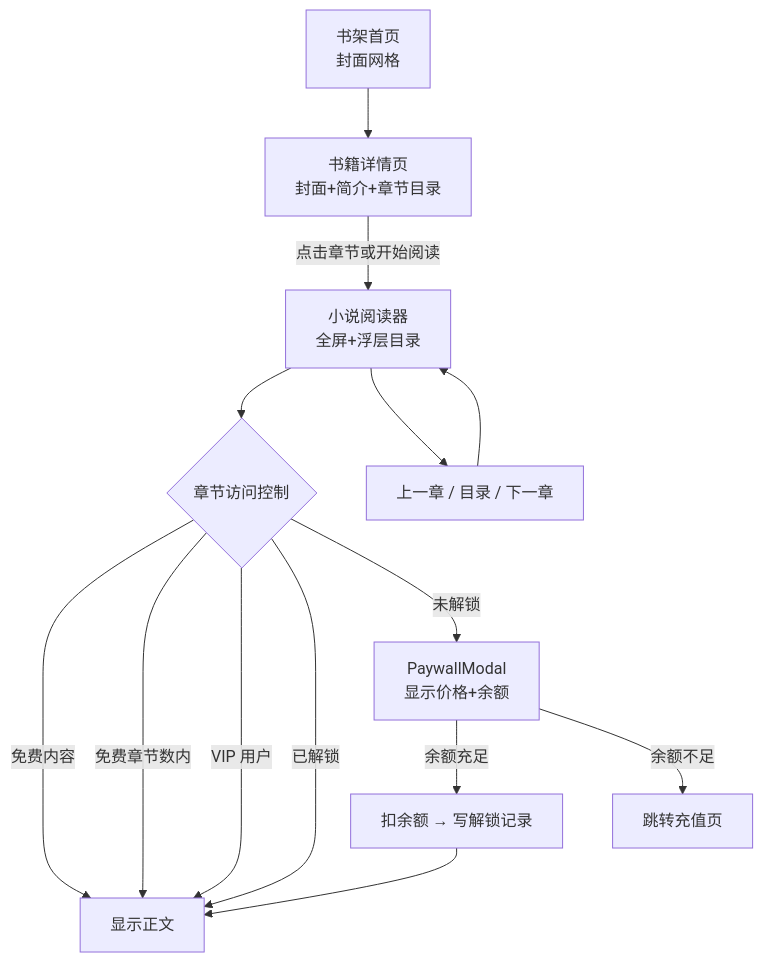
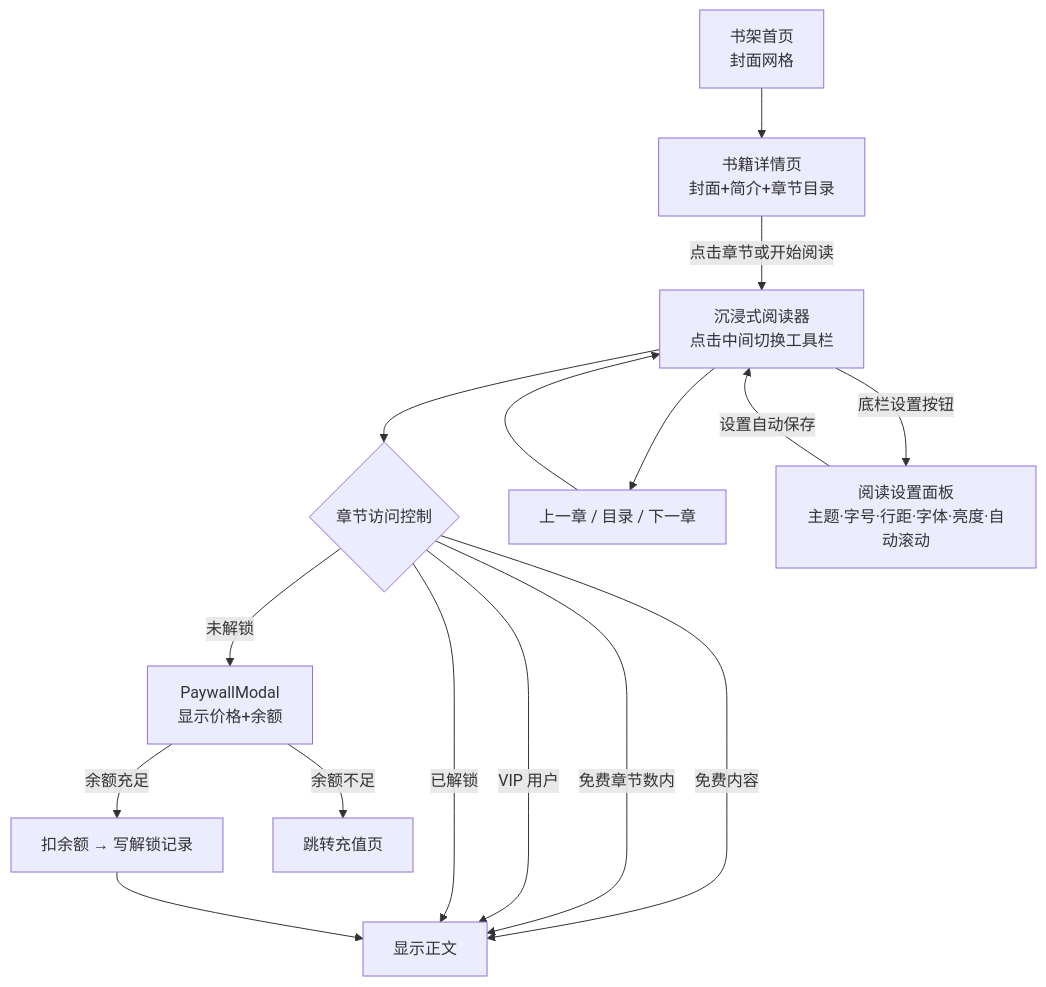
Before and after one commit to zhulaoqi/comicsai: the sixth of 6 diagrams in README.md, drawn with Mermaid.

````diff
--- a/README.md
+++ b/README.md
@@ -298,16 +298,18 @@
 ```mermaid
 flowchart TD
     HOME[书架首页<br/>封面网格] --> DETAIL[书籍详情页<br/>封面+简介+章节目录]
-    DETAIL -->|点击章节或开始阅读| READER[小说阅读器<br/>全屏+浮层目录]
+    DETAIL -->|点击章节或开始阅读| READER[沉浸式阅读器<br/>点击中间切换工具栏]
     READER --> CHECK{章节访问控制}
     CHECK -->|免费内容| READ[显示正文]
     CHECK -->|免费章节数内| READ
     CHECK -->|VIP 用户| READ
     CHECK -->|已解锁| READ
     CHECK -->|未解锁| PAYWALL[PaywallModal<br/>显示价格+余额]
     PAYWALL -->|余额充足| UNLOCK[扣余额 → 写解锁记录]
     PAYWALL -->|余额不足| RECHARGE[跳转充值页]
     UNLOCK --> READ
     READER --> NAV[上一章 / 目录 / 下一章]
     NAV --> READER
+    READER -->|底栏设置按钮| SETTINGS[阅读设置面板<br/>主题·字号·行距·字体·亮度·自动滚动]
+    SETTINGS -->|设置自动保存| READER
 ```
````
